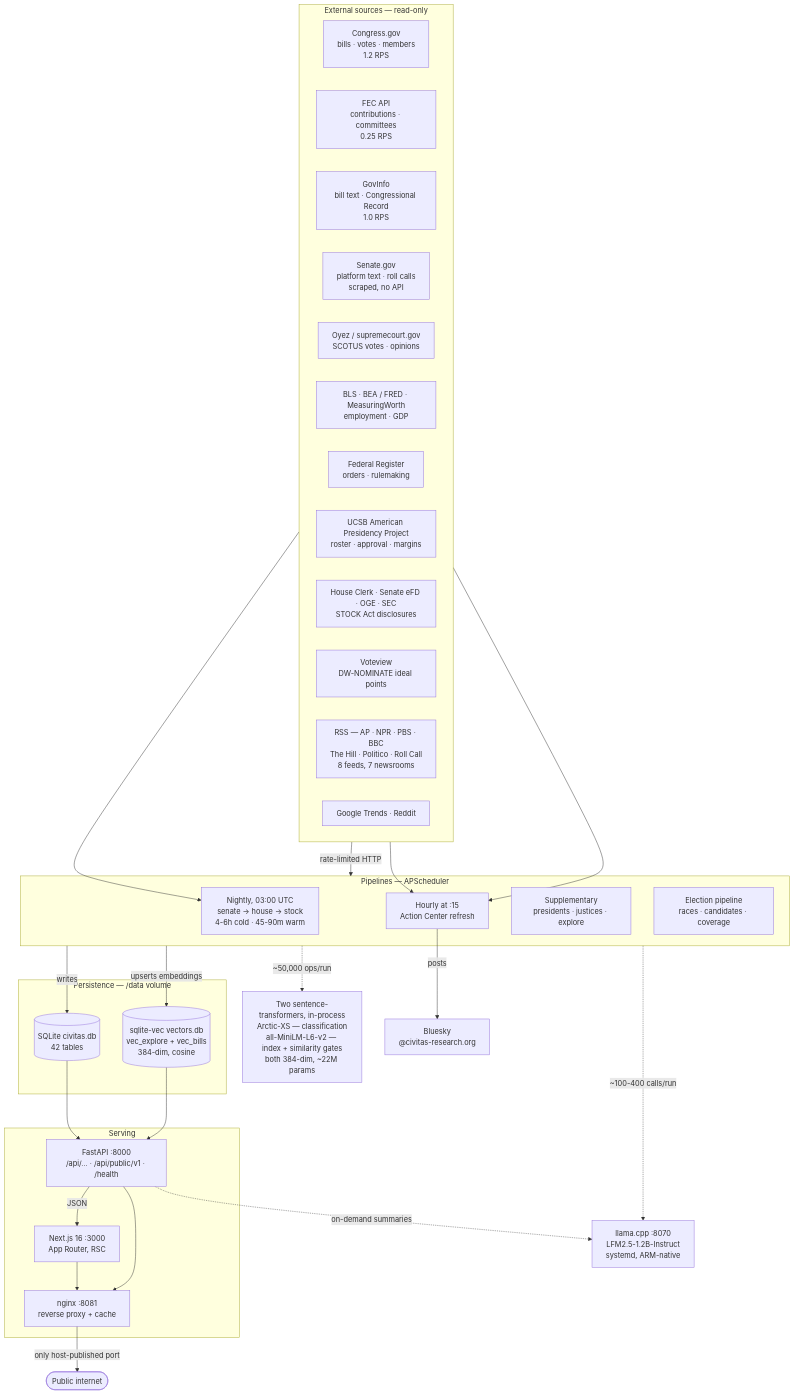
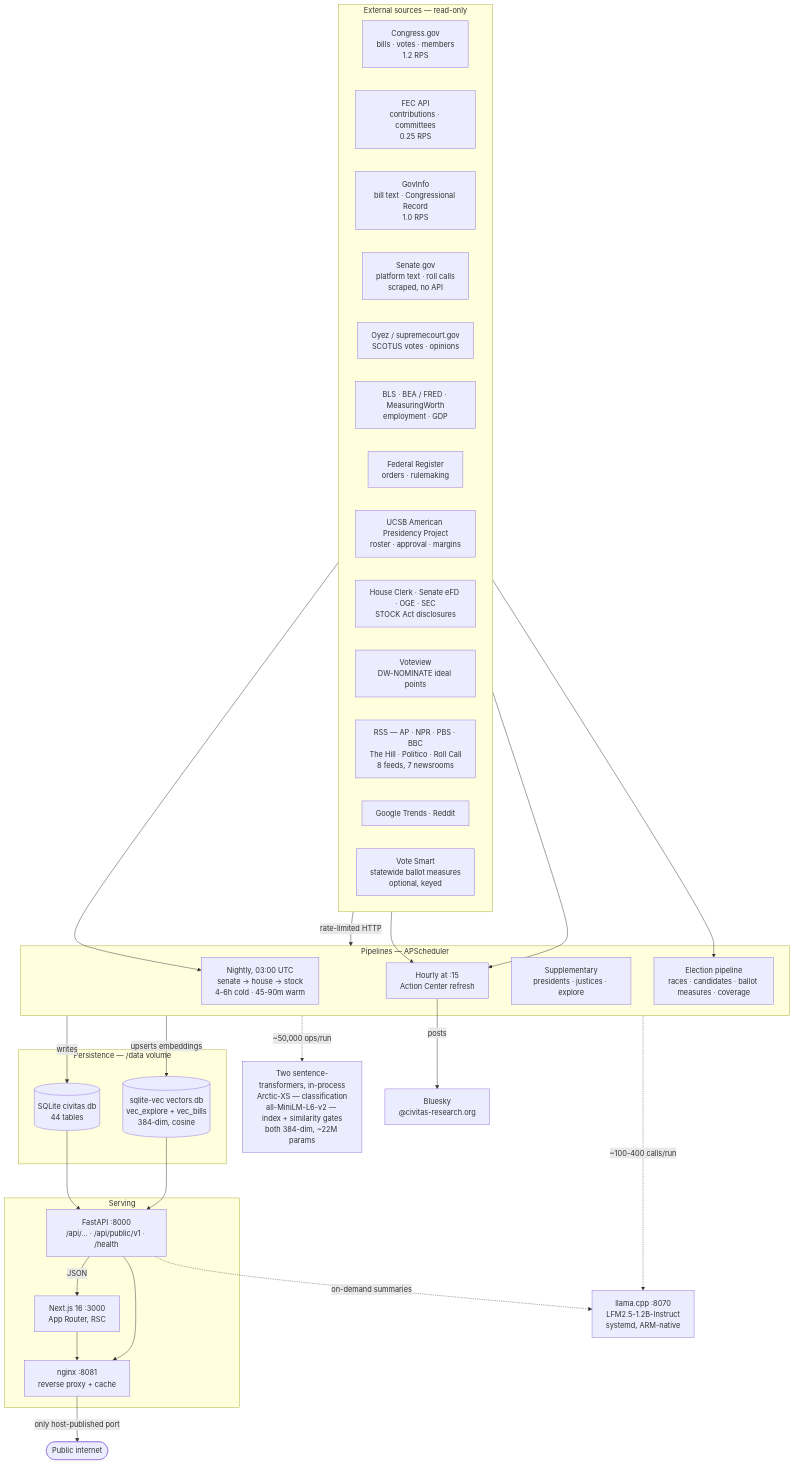
The diagram in docs/diagrams/01-system-architecture.md (kamoras/civitas), drawn with Mermaid before and after one commit. The commit also changed 15 other files, not shown here.

````diff
--- a/docs/diagrams/01-system-architecture.md
+++ b/docs/diagrams/01-system-architecture.md
@@ -6,59 +6,61 @@
 ```mermaid
 flowchart TB
     subgraph SRC["External sources — read-only"]
         direction LR
         CONG["Congress.gov<br/>bills · votes · members<br/>1.2 RPS"]
         FEC["FEC API<br/>contributions · committees<br/>0.25 RPS"]
         GOVINFO["GovInfo<br/>bill text · Congressional Record<br/>1.0 RPS"]
         SENGOV["Senate.gov<br/>platform text · roll calls<br/>scraped, no API"]
         OYEZ["Oyez / supremecourt.gov<br/>SCOTUS votes · opinions"]
         ECON["BLS · BEA / FRED · MeasuringWorth<br/>employment · GDP"]
         FEDREG["Federal Register<br/>orders · rulemaking"]
         UCSB["UCSB American Presidency Project<br/>roster · approval · margins"]
         PTR["House Clerk · Senate eFD · OGE · SEC<br/>STOCK Act disclosures"]
         VOTEVIEW["Voteview<br/>DW-NOMINATE ideal points"]
         RSS["RSS — AP · NPR · PBS · BBC<br/>The Hill · Politico · Roll Call<br/>8 feeds, 7 newsrooms"]
         SOCIAL["Google Trends · Reddit"]
+        VSMART["Vote Smart<br/>statewide ballot measures<br/>optional, keyed"]
     end
 
     subgraph PIPE["Pipelines — APScheduler"]
         NIGHTLY["Nightly, 03:00 UTC<br/>senate → house → stock<br/>4-6h cold · 45-90m warm"]
         HOURLY["Hourly at :15<br/>Action Center refresh"]
         SUPP["Supplementary<br/>presidents · justices · explore"]
-        ELECT["Election pipeline<br/>races · candidates · coverage"]
+        ELECT["Election pipeline<br/>races · candidates · ballot measures · coverage"]
     end
 
     subgraph STORE["Persistence — /data volume"]
-        SQLITE[("SQLite civitas.db<br/>42 tables")]
+        SQLITE[("SQLite civitas.db<br/>44 tables")]
         VECDB[("sqlite-vec vectors.db<br/>vec_explore + vec_bills<br/>384-dim, cosine")]
     end
 
     subgraph SERVE["Serving"]
         API["FastAPI :8000<br/>/api/... · /api/public/v1 · /health"]
         WEB["Next.js 16 :3000<br/>App Router, RSC"]
         NGINX["nginx :8081<br/>reverse proxy + cache"]
     end
 
     LLAMA["llama.cpp :8070<br/>LFM2.5-1.2B-Instruct<br/>systemd, ARM-native"]
     EMBED["Two sentence-transformers, in-process<br/>Arctic-XS — classification<br/>all-MiniLM-L6-v2 — index + similarity gates<br/>both 384-dim, ~22M params"]
     BSKY["Bluesky<br/>@civitas-research.org"]
 
     SRC -->|rate-limited HTTP| PIPE
     RSS --> HOURLY
     SOCIAL --> HOURLY
     VOTEVIEW --> NIGHTLY
+    VSMART --> ELECT
 
     PIPE -->|writes| SQLITE
     PIPE -->|upserts embeddings| VECDB
     PIPE -.->|~100-400 calls/run| LLAMA
     PIPE -.->|~50,000 ops/run| EMBED
     HOURLY -->|posts| BSKY
 
     SQLITE --> API
     VECDB --> API
     API -.->|on-demand summaries| LLAMA
     API -->|JSON| WEB
     WEB --> NGINX
     API --> NGINX
     NGINX -->|only host-published port| USERS(["Public internet"])
 ```
````
